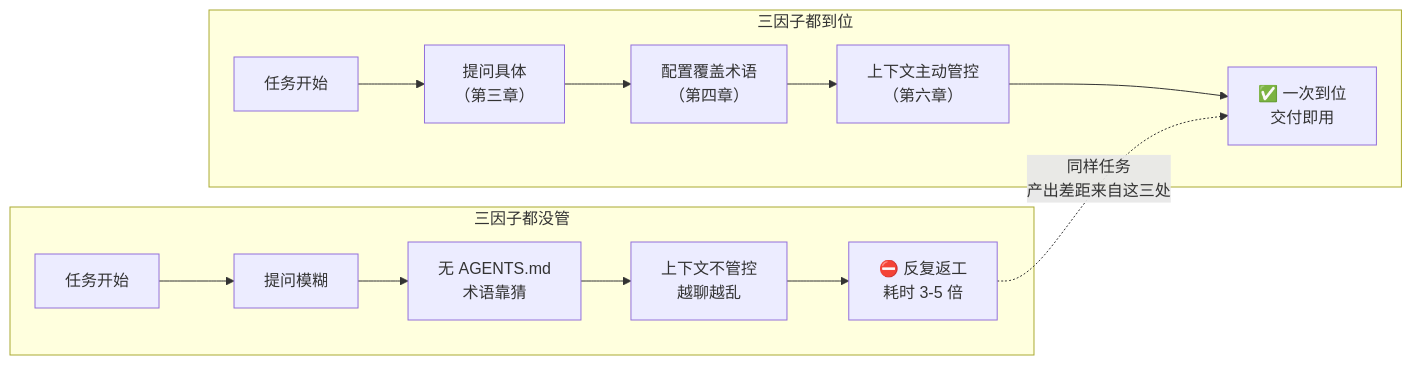
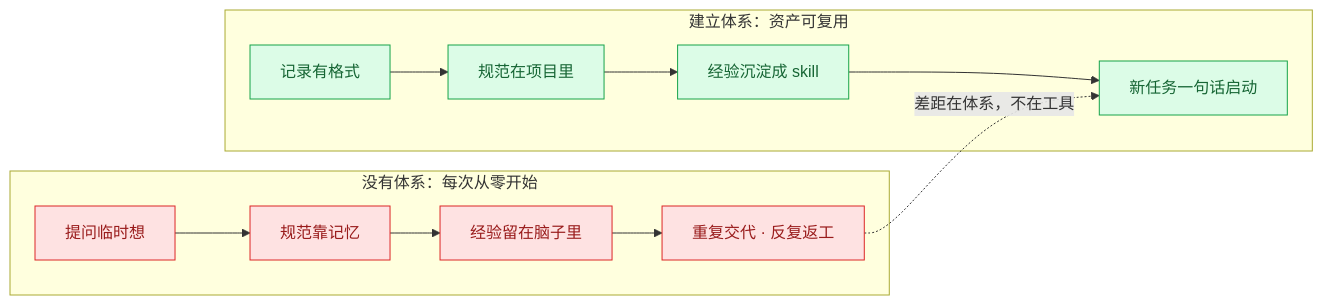
One commit to masonsxu/notes changed the second of 10 diagrams in ppt/ppt2-advanced/opencode-advanced-techniques.md. Above: the diagram before and after it, drawn with Mermaid. The commit also changed other lines of this file and 1 other file, not shown here.

````diff
--- a/ppt/ppt2-advanced/opencode-advanced-techniques.md
+++ b/ppt/ppt2-advanced/opencode-advanced-techniques.md
@@ -28,16 +46,15 @@
 ```mermaid
 flowchart LR
-    subgraph BAD["三因子都没管"]
-        B0["任务开始"] --> B1["提问模糊"]
-        B1 --> B2["无 AGENTS.md<br/>术语靠猜"]
-        B2 --> B3["上下文不管控<br/>越聊越乱"]
-        B3 --> B4["⛔ 反复返工<br/>耗时 3-5 倍"]
+    classDef risk fill:#FEE2E2,stroke:#DC2626,color:#991B1B
+    classDef gate fill:#DCFCE7,stroke:#16A34A,color:#166534
+
+    subgraph BAD["没有体系：每次从零开始"]
+        B1["提问临时想"]:::risk --> B2["规范靠记忆"]:::risk
+        B2 --> B3["经验留在脑子里"]:::risk --> B4["重复交代 · 反复返工"]:::risk
     end
-    subgraph GOOD["三因子都到位"]
-        G0["任务开始"] --> G1["提问具体<br/>（第三章）"]
-        G1 --> G2["配置覆盖术语<br/>（第四章）"]
-        G2 --> G3["上下文主动管控<br/>（第六章）"]
-        G3 --> G4["✅ 一次到位<br/>交付即用"]
+    subgraph GOOD["建立体系：资产可复用"]
+        G1["记录有格式"]:::gate --> G2["规范在项目里"]:::gate
+        G2 --> G3["经验沉淀成 skill"]:::gate --> G4["新任务一句话启动"]:::gate
     end
-    B4 -.->|"同样任务<br/>产出差距来自这三处"| G4
+    B4 -.->|"差距在体系，不在工具"| G4
 ```
````
